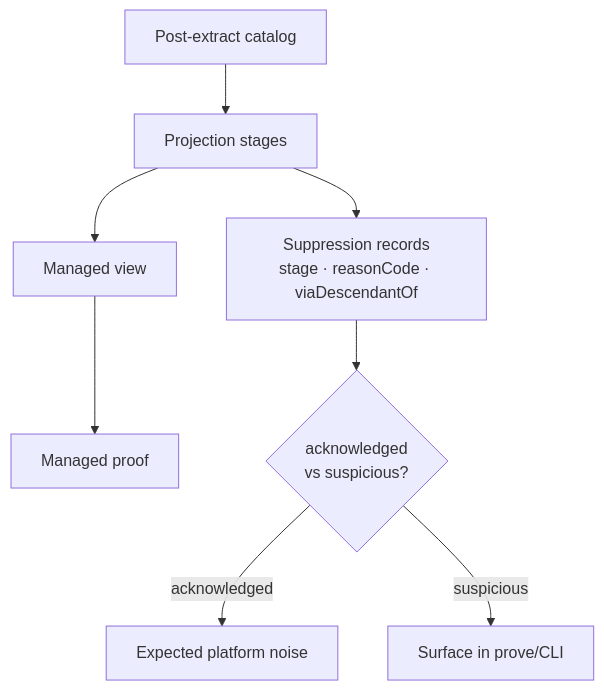
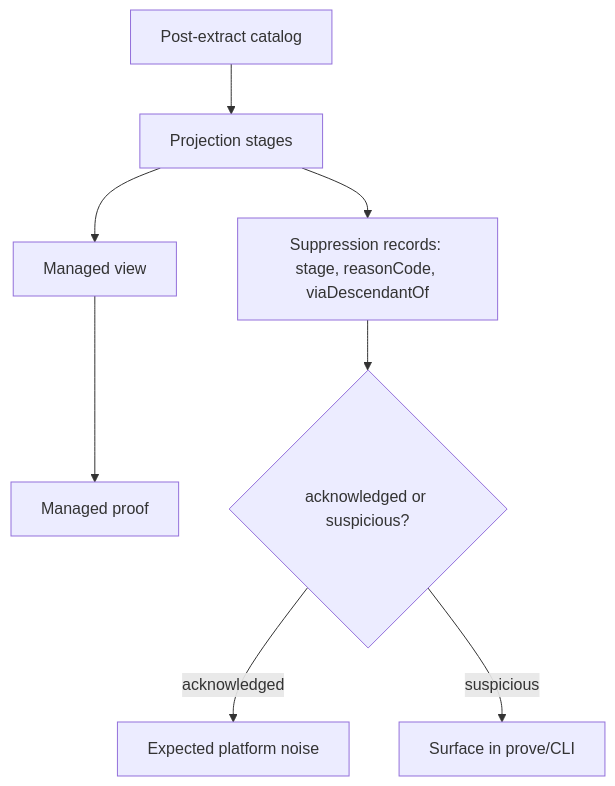
One commit to 7ttp/pg-toolbelt changed the ninth of 11 diagrams in docs/roadmap/agent-tracks/OVERVIEW.md. Above: the diagram before and after it, drawn with Mermaid. The commit also changed other lines of this file and 2 other files, not shown here.

````diff
--- a/docs/roadmap/agent-tracks/OVERVIEW.md
+++ b/docs/roadmap/agent-tracks/OVERVIEW.md
@@ -364,10 +375,10 @@
 ```mermaid
 flowchart TB
   RAW[Post-extract catalog] --> PROJ[Projection stages]
   PROJ --> MV[Managed view]
-  PROJ --> AUD["Suppression records<br/>stage · reasonCode · viaDescendantOf"]
+  PROJ --> AUD[Suppression records: stage, reasonCode, viaDescendantOf]
   MV --> PROOF[Managed proof]
-  AUD --> CLASS{acknowledged<br/>vs suspicious?}
+  AUD --> CLASS{acknowledged or suspicious?}
   CLASS -->|acknowledged| QUIET[Expected platform noise]
   CLASS -->|suspicious| ALERT[Surface in prove/CLI]
 ```
````
